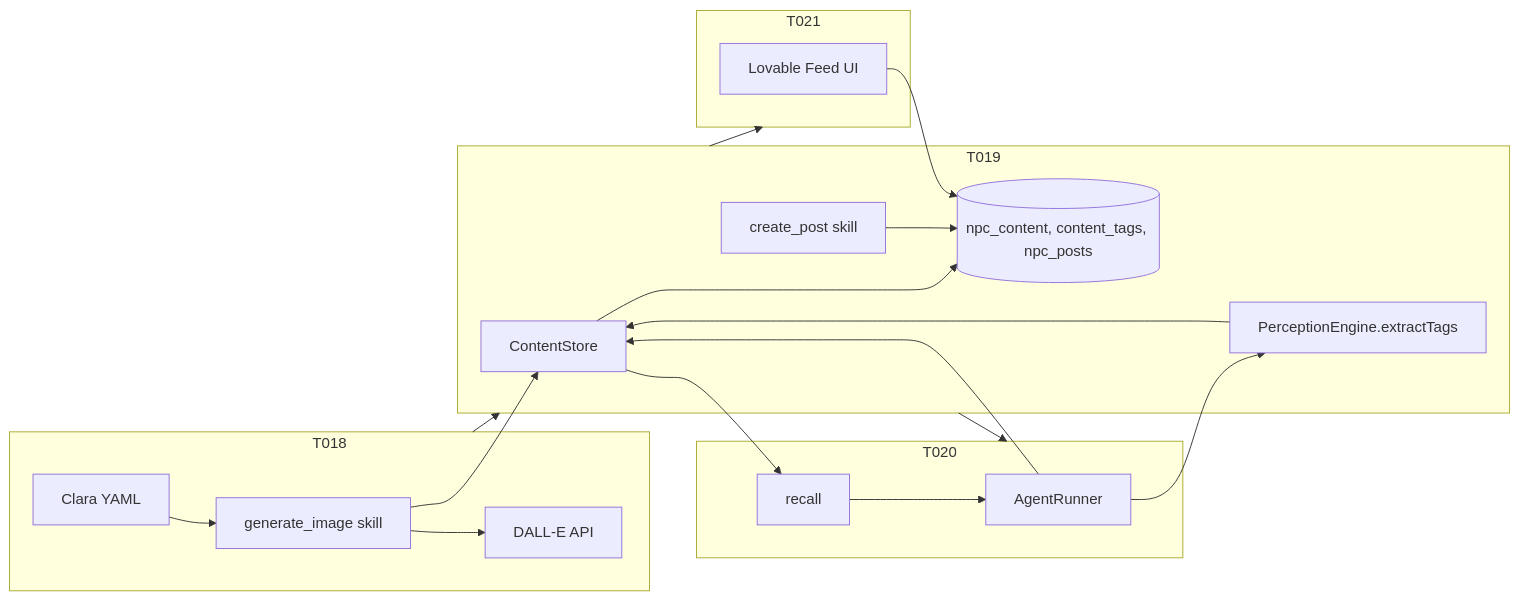
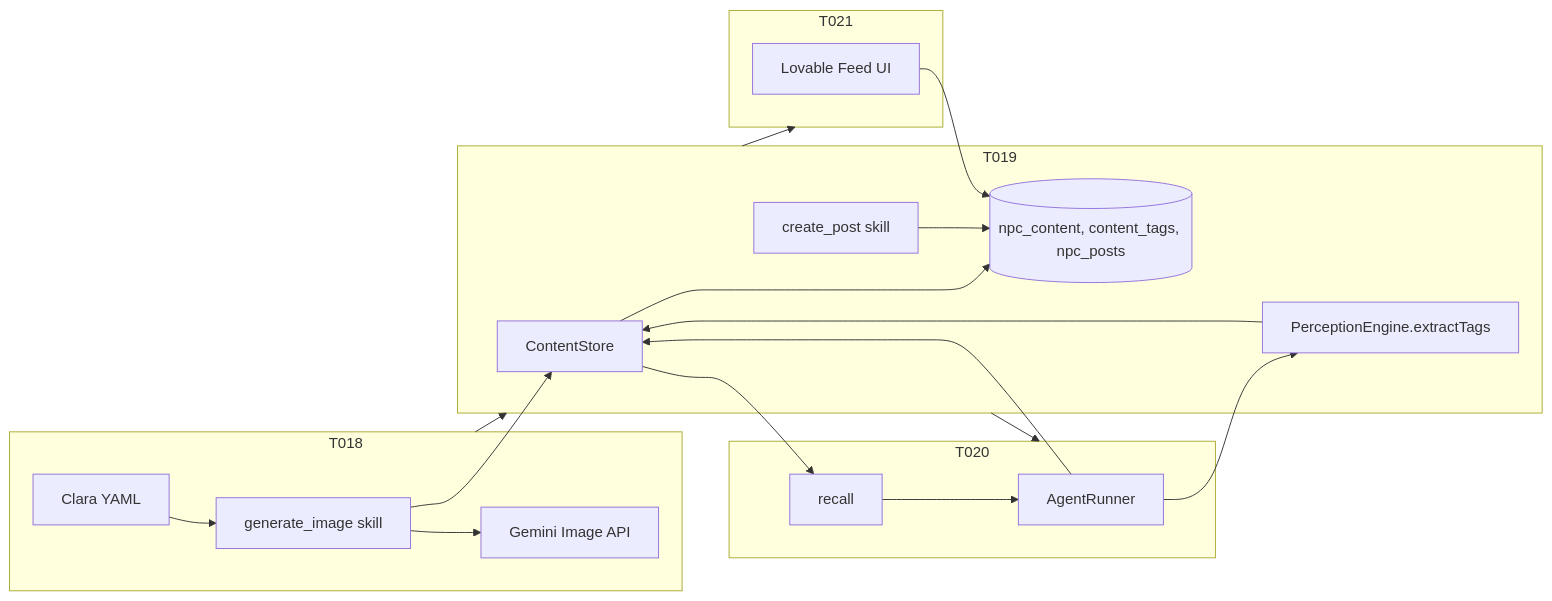
The diagram in .cursor/plans/sprint_5_research_and_plan_abbdc987.plan.md (AgentArtel/Open-RPG), drawn with Mermaid before and after one commit. The commit also changed other lines of this file and 13 other files, not shown here.

First line of the commit message:
Update NPC content generation to use Gemini API for image creation

````diff
--- a/.cursor/plans/sprint_5_research_and_plan_abbdc987.plan.md
+++ b/.cursor/plans/sprint_5_research_and_plan_abbdc987.plan.md
@@ -103,34 +103,34 @@
 ```mermaid
 flowchart LR
   subgraph T018
     Clara[Clara YAML]
     GenImg[generate_image skill]
-    DALL-E[DALL-E API]
+    Gemini[Gemini Image API]
     Clara --> GenImg
-    GenImg --> DALL-E
+    GenImg --> Gemini
   end
   subgraph T019
     CS[ContentStore]
     PE[PerceptionEngine.extractTags]
     CreatePost[create_post skill]
     DB[(npc_content, content_tags, npc_posts)]
     GenImg --> CS
     PE --> CS
     CS --> DB
     CreatePost --> DB
   end
   subgraph T020
     AR[AgentRunner]
     AR --> PE
     AR --> CS
     CS --> Recall[recall]
     Recall --> AR
   end
   subgraph T021
     Feed[Lovable Feed UI]
     Feed --> DB
   end
   T018 --> T019
   T019 --> T020
   T019 --> T021
 ```
````
